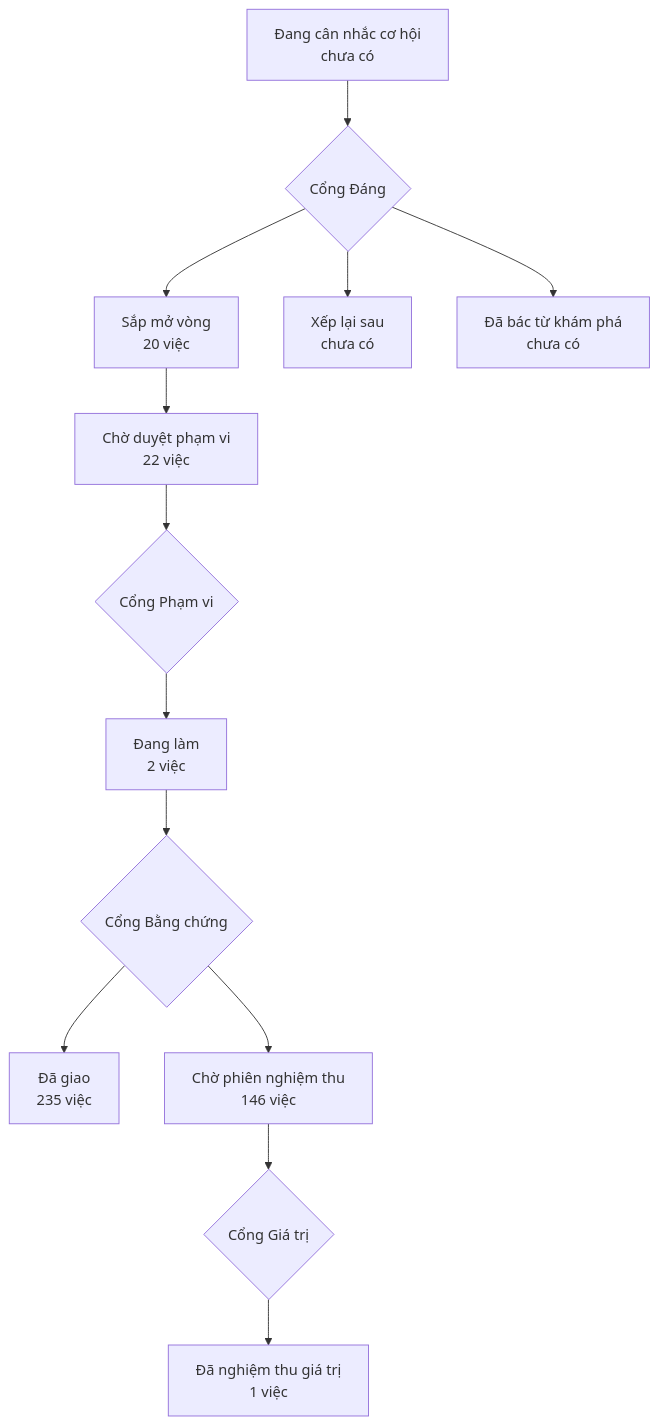
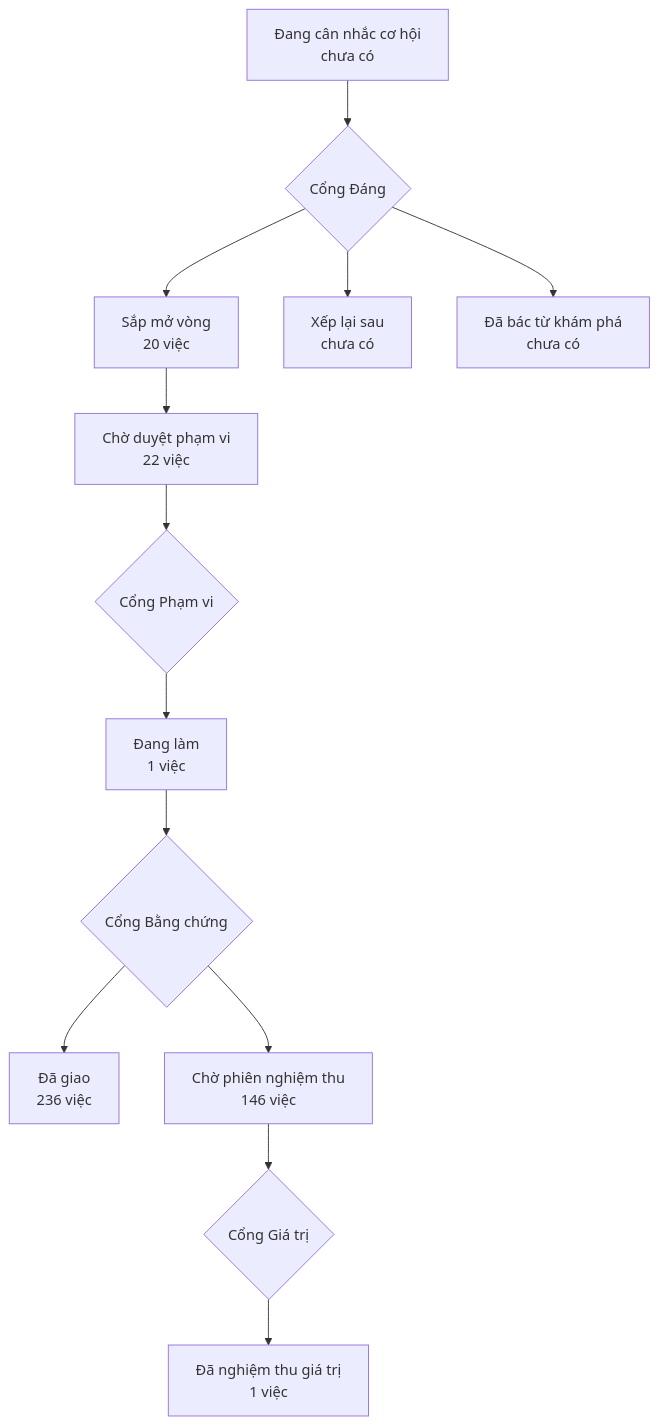
The diagram in PRODUCT-MAP.md (phanlemanh/onehub-invest), drawn with Mermaid before and after one commit. The commit also changed 1 other file, not shown here.

Commit message:
chore: vẽ lại bản đồ sau gộp main có DA42 (nap-s09-quy-can-va-can-cao-tang)

````diff
--- a/PRODUCT-MAP.md
+++ b/PRODUCT-MAP.md
@@ -7,12 +7,12 @@
 ```mermaid
 flowchart TD
   A["Đang cân nhắc cơ hội<br/>chưa có"] --> GD{"Cổng Đáng"}
   GD --> B["Sắp mở vòng<br/>20 việc"]
   GD --> XL["Xếp lại sau<br/>chưa có"]
   GD --> DB["Đã bác từ khám phá<br/>chưa có"]
   B --> CD["Chờ duyệt phạm vi<br/>22 việc"] --> GP{"Cổng Phạm vi"}
-  GP --> DL["Đang làm<br/>2 việc"] --> GB{"Cổng Bằng chứng"}
-  GB --> DG["Đã giao<br/>235 việc"]
+  GP --> DL["Đang làm<br/>1 việc"] --> GB{"Cổng Bằng chứng"}
+  GB --> DG["Đã giao<br/>236 việc"]
   GB --> CN["Chờ phiên nghiệm thu<br/>146 việc"] --> GG{"Cổng Giá trị"}
   GG --> NT["Đã nghiệm thu giá trị<br/>1 việc"]
 ```
````
